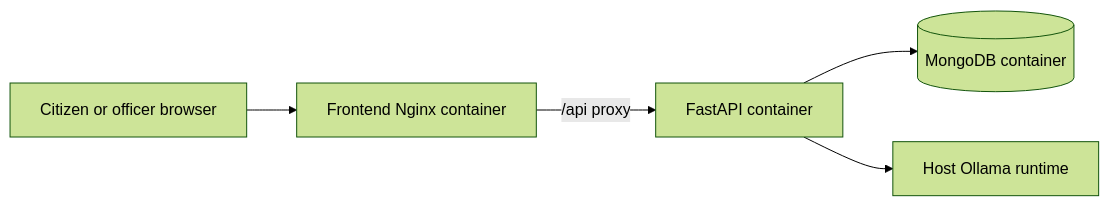
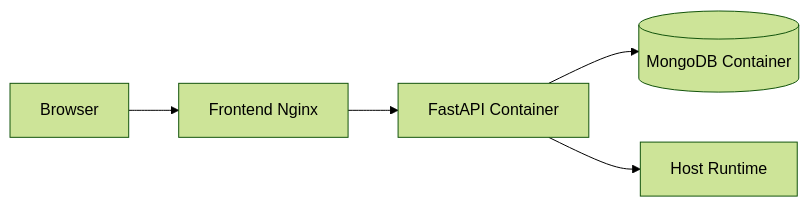
The tenth of 10 diagrams in docs/reports/PROJECT_REPORT.md (ark5234/Jan-Sunwai-AI), drawn with Mermaid (forest theme) before and after one commit. The commit also changed other lines of this file and 1 other file, not shown here.

````diff
--- a/docs/reports/PROJECT_REPORT.md
+++ b/docs/reports/PROJECT_REPORT.md
@@ -416,7 +476,7 @@
 ```mermaid
 flowchart LR
-    User[Citizen or officer browser] --> Nginx[Frontend Nginx container]
-    Nginx -->|/api proxy| API[FastAPI container]
-    API --> DB[(MongoDB container)]
-    API --> Ollama[Host Ollama runtime]
+    Browser --> Nginx[Frontend Nginx]
+    Nginx --> API[FastAPI Container]
+    API --> DB[(MongoDB Container)]
+    API --> Ollama[Host Runtime]
 ```
````
